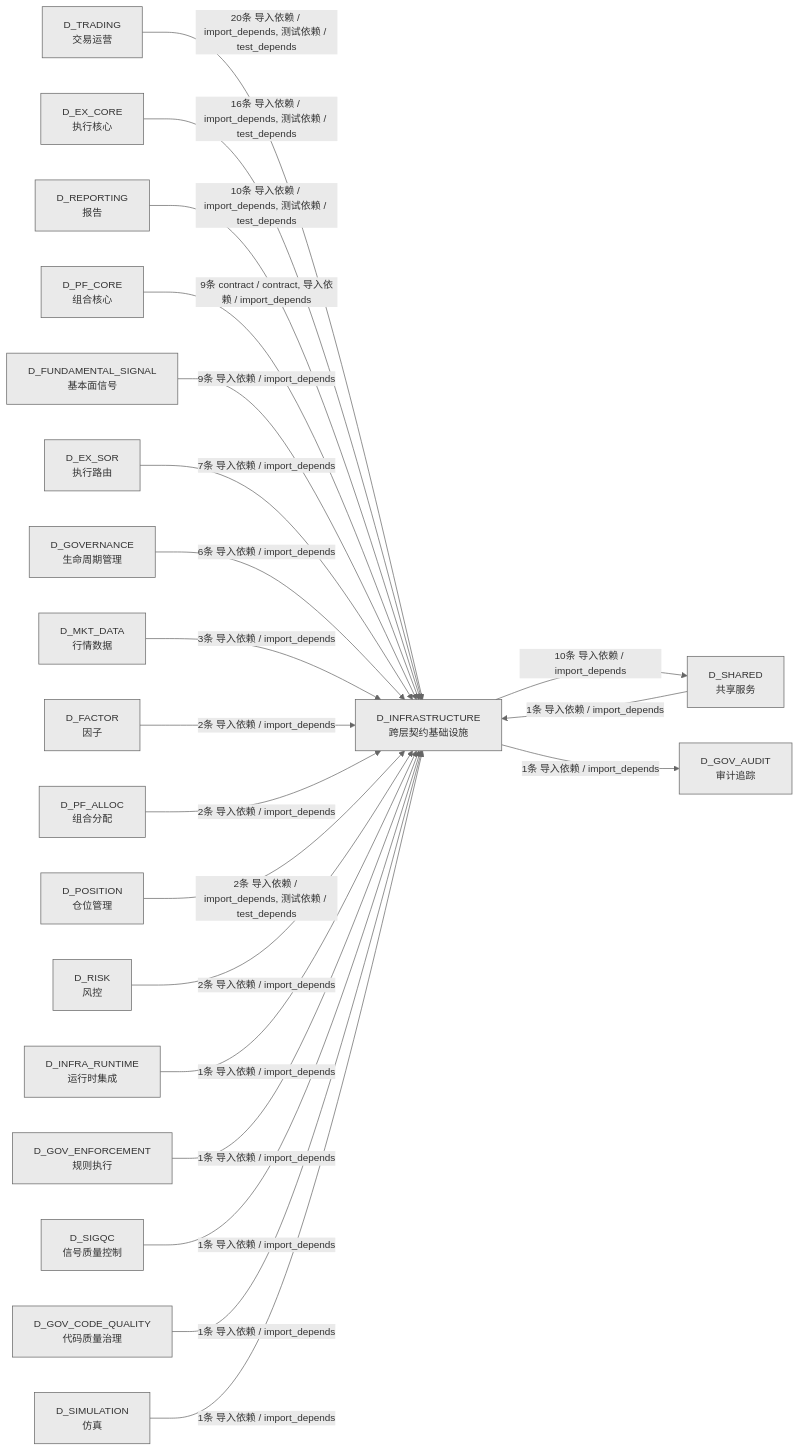
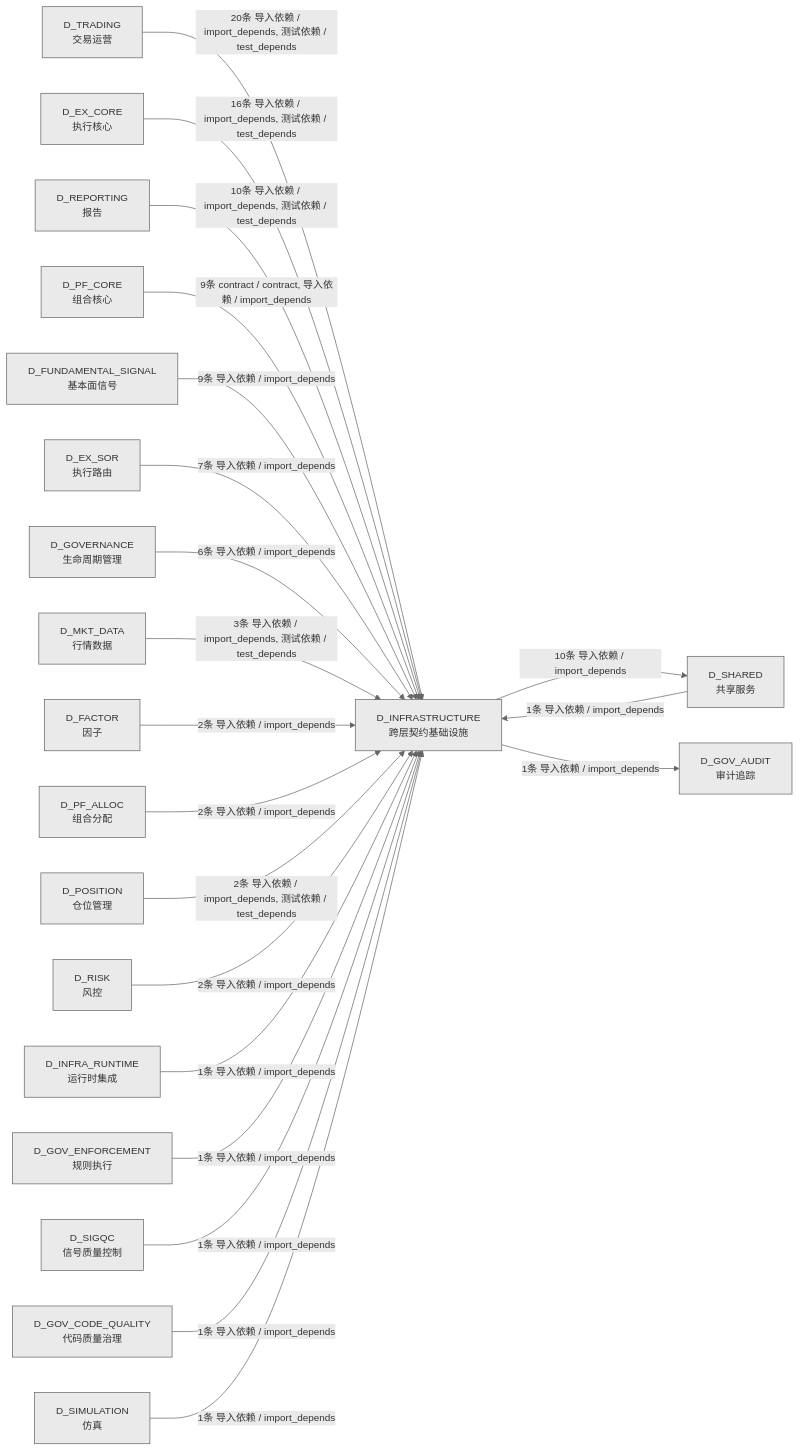
One commit to xuanFelixVan/ZephyrAlpha changed the third of 3 diagrams in docs/02_enterprise_architecture/02_domain_architecture_docs/02_d_infrastructure.md. Above: the diagram before and after it, drawn with Mermaid. The commit also changed other lines of this file and 41 other files, not shown here.

````diff
--- a/docs/02_enterprise_architecture/02_domain_architecture_docs/02_d_infrastructure.md
+++ b/docs/02_enterprise_architecture/02_domain_architecture_docs/02_d_infrastructure.md
@@ -342,44 +341,44 @@
 ```mermaid
 %%{init: {'theme': 'base', 'themeVariables': {'primaryColor': '#eaeaea', 'primaryTextColor': '#333333', 'primaryBorderColor': '#666666', 'lineColor': '#666666', 'secondaryColor': '#eaeaea', 'tertiaryColor': '#eaeaea', 'fontSize': '14px'}}}%%
 graph LR
     D_INFRASTRUCTURE["D_INFRASTRUCTURE<br/>跨层契约基础设施"]
     D_SHARED["D_SHARED<br/>共享服务"]
     D_GOV_AUDIT["D_GOV_AUDIT<br/>审计追踪"]
     D_TRADING["D_TRADING<br/>交易运营"]
     D_EX_CORE["D_EX_CORE<br/>执行核心"]
     D_REPORTING["D_REPORTING<br/>报告"]
     D_PF_CORE["D_PF_CORE<br/>组合核心"]
     D_FUNDAMENTAL_SIGNAL["D_FUNDAMENTAL_SIGNAL<br/>基本面信号"]
     D_EX_SOR["D_EX_SOR<br/>执行路由"]
     D_GOVERNANCE["D_GOVERNANCE<br/>生命周期管理"]
     D_MKT_DATA["D_MKT_DATA<br/>行情数据"]
     D_FACTOR["D_FACTOR<br/>因子"]
     D_PF_ALLOC["D_PF_ALLOC<br/>组合分配"]
     D_POSITION["D_POSITION<br/>仓位管理"]
     D_RISK["D_RISK<br/>风控"]
     D_INFRA_RUNTIME["D_INFRA_RUNTIME<br/>运行时集成"]
     D_GOV_ENFORCEMENT["D_GOV_ENFORCEMENT<br/>规则执行"]
     D_SIGQC["D_SIGQC<br/>信号质量控制"]
     D_GOV_CODE_QUALITY["D_GOV_CODE_QUALITY<br/>代码质量治理"]
     D_SIMULATION["D_SIMULATION<br/>仿真"]
     D_INFRASTRUCTURE -->|10条 导入依赖 / import_depends| D_SHARED
     D_INFRASTRUCTURE -->|1条 导入依赖 / import_depends| D_GOV_AUDIT
     D_TRADING -->|20条 导入依赖 / import_depends, 测试依赖 / test_depends| D_INFRASTRUCTURE
     D_EX_CORE -->|16条 导入依赖 / import_depends, 测试依赖 / test_depends| D_INFRASTRUCTURE
     D_REPORTING -->|10条 导入依赖 / import_depends, 测试依赖 / test_depends| D_INFRASTRUCTURE
     D_PF_CORE -->|9条 contract / contract, 导入依赖 / import_depends| D_INFRASTRUCTURE
     D_FUNDAMENTAL_SIGNAL -->|9条 导入依赖 / import_depends| D_INFRASTRUCTURE
     D_EX_SOR -->|7条 导入依赖 / import_depends| D_INFRASTRUCTURE
     D_GOVERNANCE -->|6条 导入依赖 / import_depends| D_INFRASTRUCTURE
-    D_MKT_DATA -->|3条 导入依赖 / import_depends| D_INFRASTRUCTURE
+    D_MKT_DATA -->|3条 导入依赖 / import_depends, 测试依赖 / test_depends| D_INFRASTRUCTURE
     D_FACTOR -->|2条 导入依赖 / import_depends| D_INFRASTRUCTURE
     D_PF_ALLOC -->|2条 导入依赖 / import_depends| D_INFRASTRUCTURE
     D_POSITION -->|2条 导入依赖 / import_depends, 测试依赖 / test_depends| D_INFRASTRUCTURE
     D_RISK -->|2条 导入依赖 / import_depends| D_INFRASTRUCTURE
     D_INFRA_RUNTIME -->|1条 导入依赖 / import_depends| D_INFRASTRUCTURE
     D_GOV_ENFORCEMENT -->|1条 导入依赖 / import_depends| D_INFRASTRUCTURE
     D_SHARED -->|1条 导入依赖 / import_depends| D_INFRASTRUCTURE
     D_SIGQC -->|1条 导入依赖 / import_depends| D_INFRASTRUCTURE
     D_GOV_CODE_QUALITY -->|1条 导入依赖 / import_depends| D_INFRASTRUCTURE
     D_SIMULATION -->|1条 导入依赖 / import_depends| D_INFRASTRUCTURE
 ```
````
